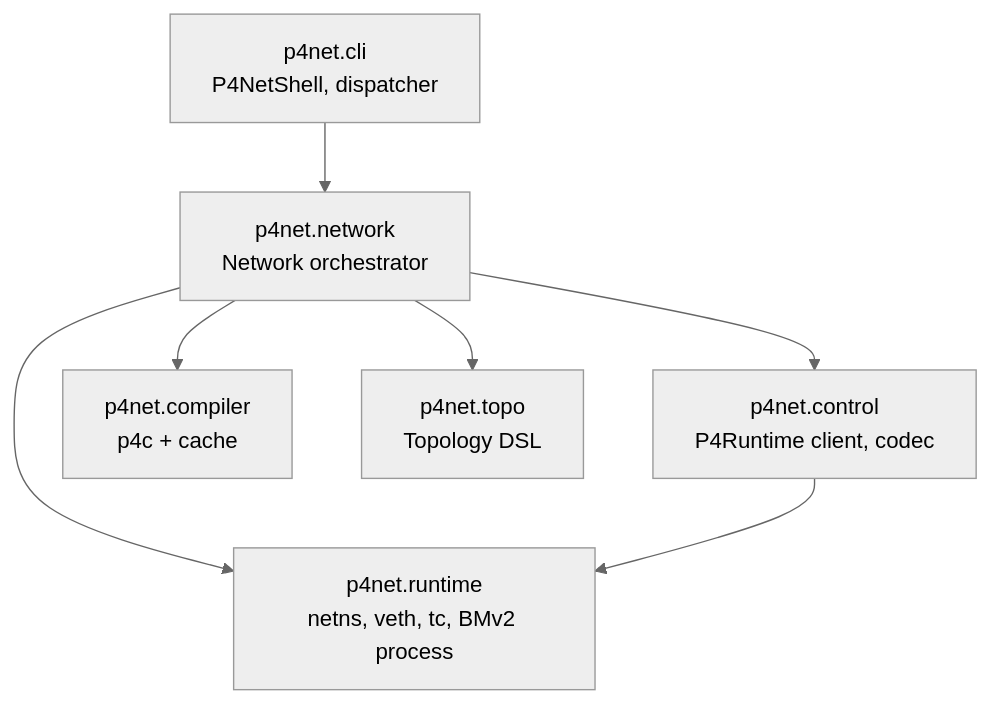
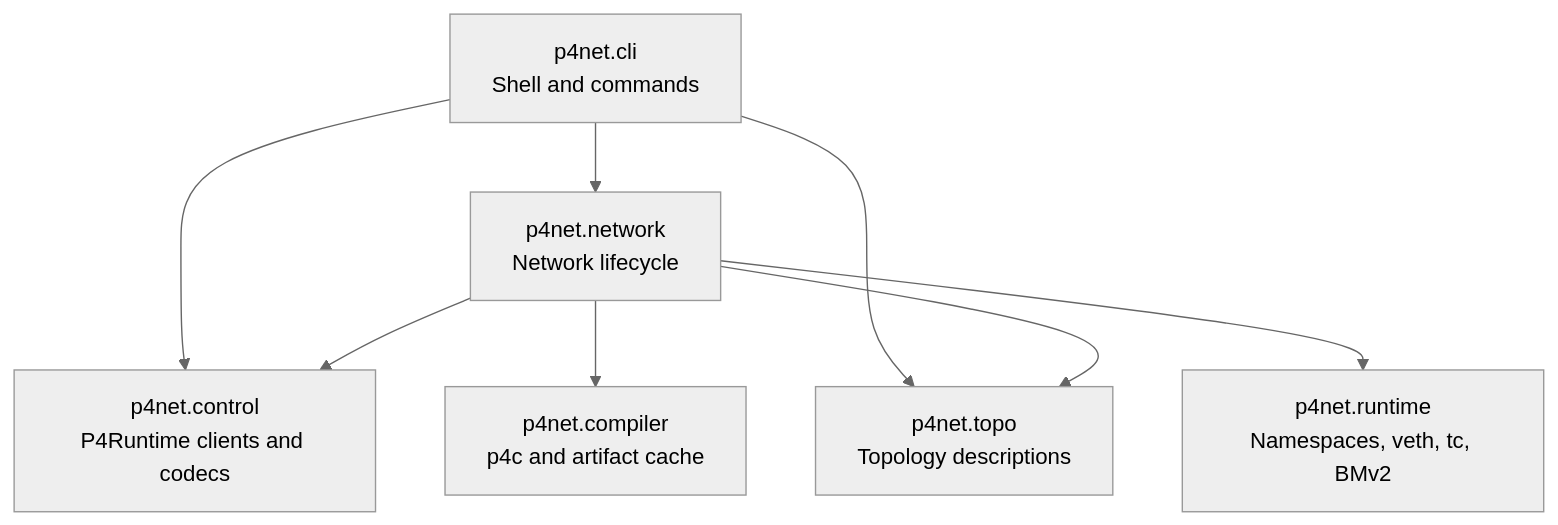
Before and after one commit to zhh2001/p4net: the diagram in docs/architecture.md, drawn with Mermaid (neutral theme). The commit also changed other lines of this file and 1 other file, not shown here.

Commit message:
docs: align architecture with runtime behavior

````diff
--- a/docs/architecture.md
+++ b/docs/architecture.md
@@ -11,15 +11,16 @@
 ```mermaid
 flowchart TB
-    CLI[p4net.cli<br/>P4NetShell, dispatcher]
-    NET[p4net.network<br/>Network orchestrator]
-    CTL[p4net.control<br/>P4Runtime client, codec]
-    CMP[p4net.compiler<br/>p4c + cache]
-    TPO[p4net.topo<br/>Topology DSL]
-    RT[p4net.runtime<br/>netns, veth, tc, BMv2 process]
+    CLI[p4net.cli<br/>Shell and commands]
+    NET[p4net.network<br/>Network lifecycle]
+    CTL[p4net.control<br/>P4Runtime clients and codecs]
+    CMP[p4net.compiler<br/>p4c and artifact cache]
+    TPO[p4net.topo<br/>Topology descriptions]
+    RT[p4net.runtime<br/>Namespaces, veth, tc, BMv2]
     CLI --> NET
+    CLI --> TPO
+    CLI --> CTL
     NET --> CTL
     NET --> CMP
     NET --> TPO
     NET --> RT
-    CTL --> RT
 ```
````
